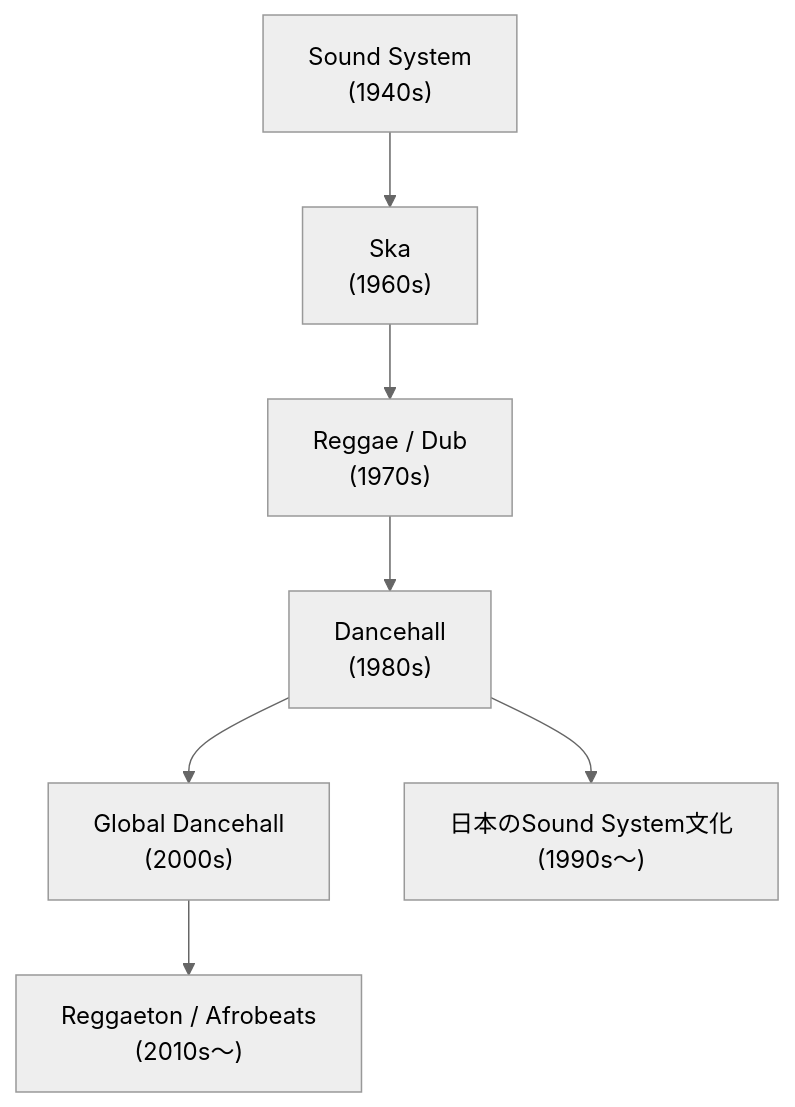
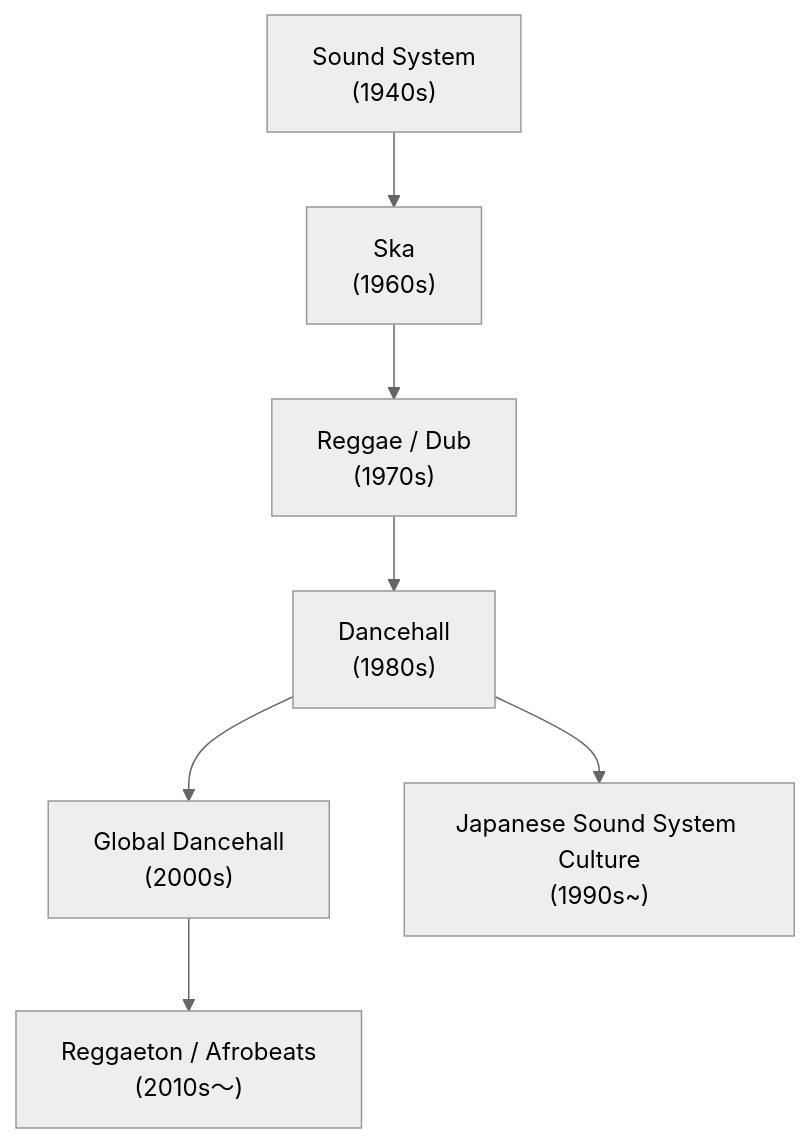
Before and after one commit to monumental-movement/monumental-movement.github.io: the first of 4 diagrams in en/_posts/2025-11-05-column-dancehall.md, drawn with Mermaid (neutral theme). The commit also changed other lines of this file and 152 other files, not shown here.

```diff
--- a/en/_posts/2025-11-05-column-dancehall.md
+++ b/en/_posts/2025-11-05-column-dancehall.md
@@ -181,11 +181,11 @@
 <div class="mermaid">
 
 graph TD
 A["Sound System\n(1940s)"] --> B["Ska\n(1960s)"]
 B --> C["Reggae / Dub\n(1970s)"]
 C --> D["Dancehall\n(1980s)"]
 D --> E["Global Dancehall\n(2000s)"]
 E --> F["Reggaeton / Afrobeats\n(2010s〜)"]
-D --> G["日本のSound System文化\n(1990s〜)"]
+D --> G["Japanese Sound System Culture\n(1990s~)"]
 
 </div>
```
